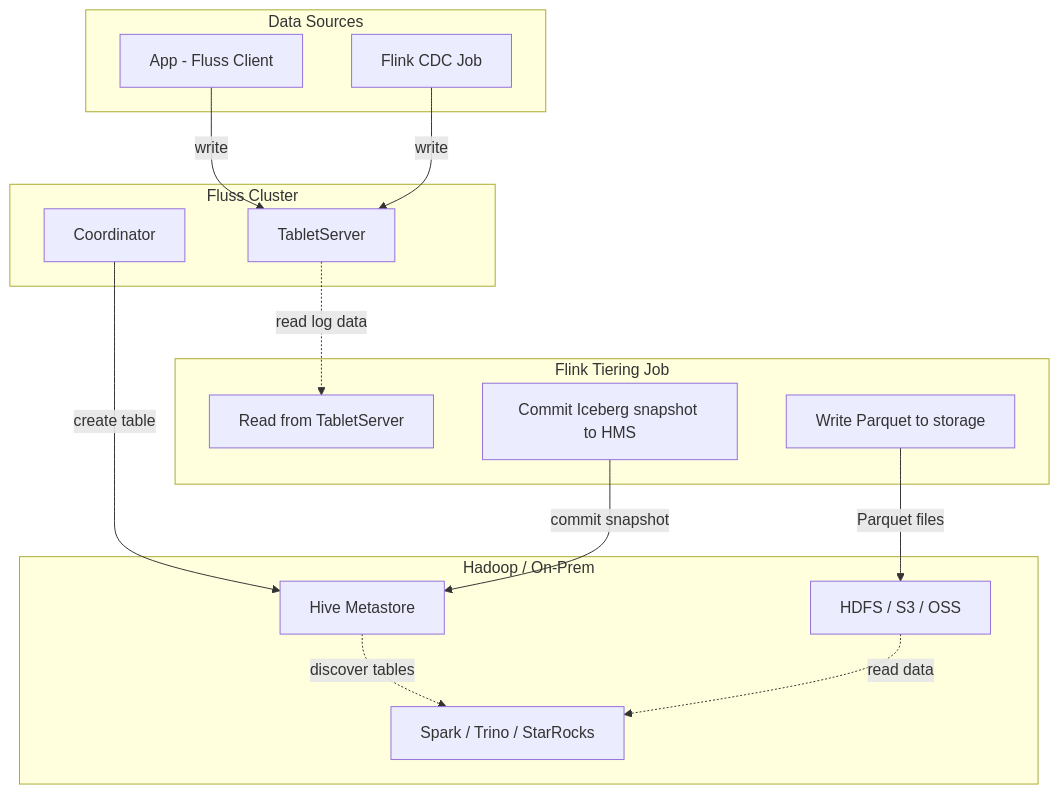
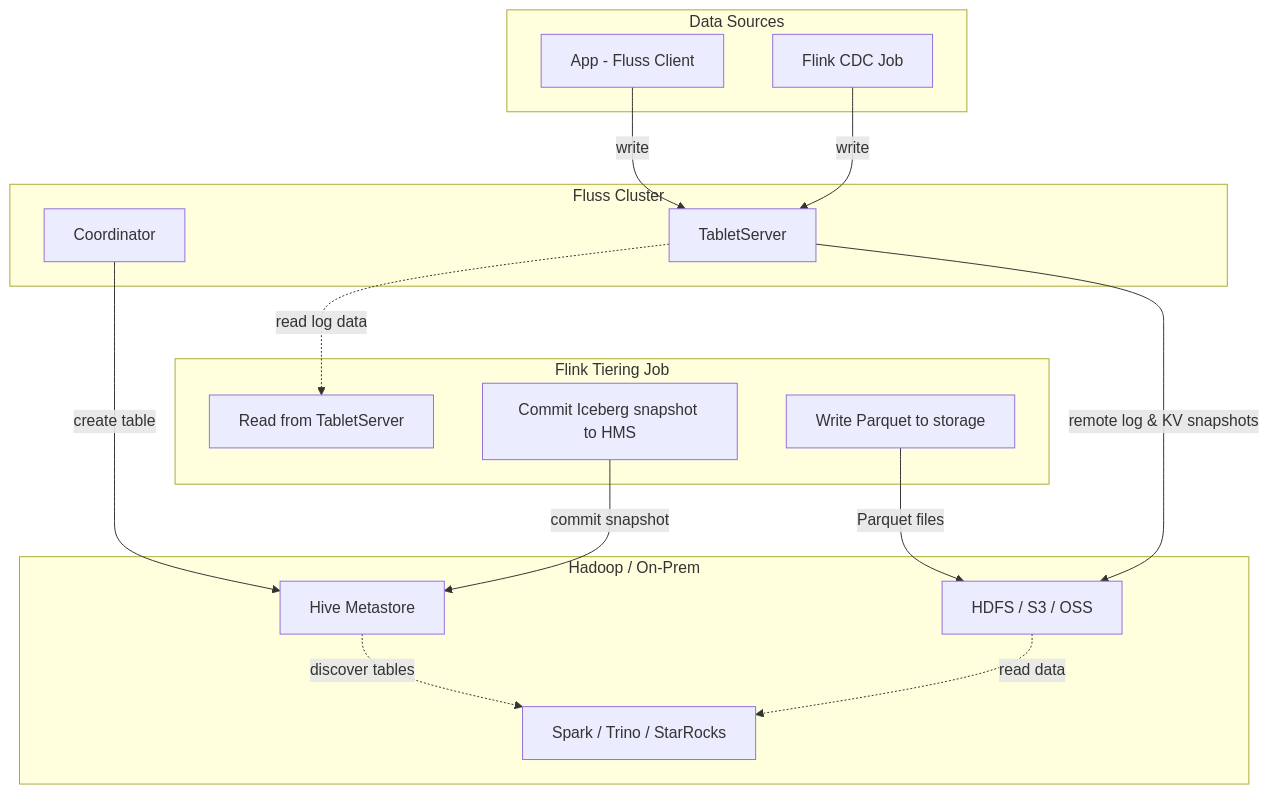
The diagram in website/docs/streaming-lakehouse/datalake-catalogs/hive.md (apache/fluss), drawn with Mermaid before and after one commit. The commit also changed other lines of this file and 3 other files, not shown here.

````diff
--- a/website/docs/streaming-lakehouse/datalake-catalogs/hive.md
+++ b/website/docs/streaming-lakehouse/datalake-catalogs/hive.md
@@ -22,33 +22,34 @@
 ```mermaid
 flowchart TD
     subgraph Sources["Data Sources"]
         A1[App - Fluss Client]
         A2[Flink CDC Job]
     end
 
     subgraph Fluss["Fluss Cluster"]
         B1[Coordinator]
         B2[TabletServer]
     end
 
     subgraph Tiering["Flink Tiering Job"]
         D1[Read from TabletServer]
         D2[Write Parquet to storage]
         D3[Commit Iceberg snapshot to HMS]
     end
 
     subgraph Hadoop["Hadoop / On-Prem"]
         C1[Hive Metastore]
         C2[HDFS / S3 / OSS]
         C3[Spark / Trino / StarRocks]
     end
 
     A1 -->|write| B2
     A2 -->|write| B2
     B1 -->|create table| C1
     B2 -.->|read log data| D1
     D2 -->|Parquet files| C2
     D3 -->|commit snapshot| C1
     C1 -.->|discover tables| C3
     C2 -.->|read data| C3
+    B2 -->|remote log & KV snapshots| C2
 ```
````
